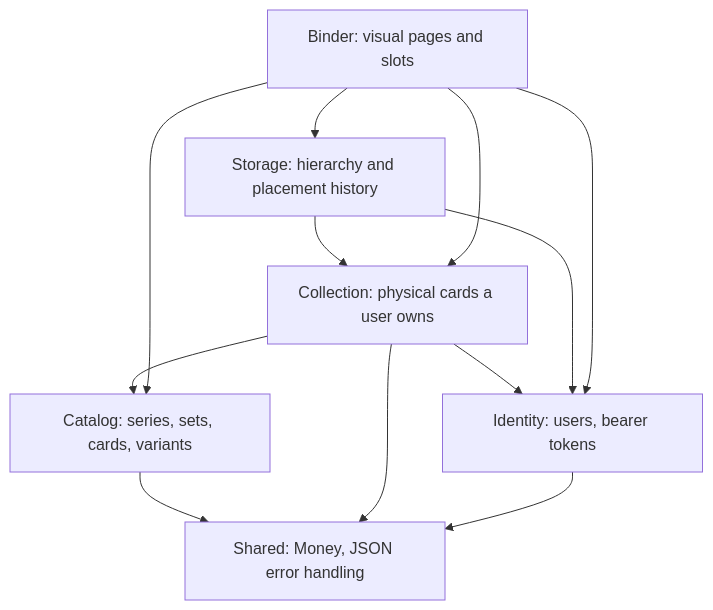
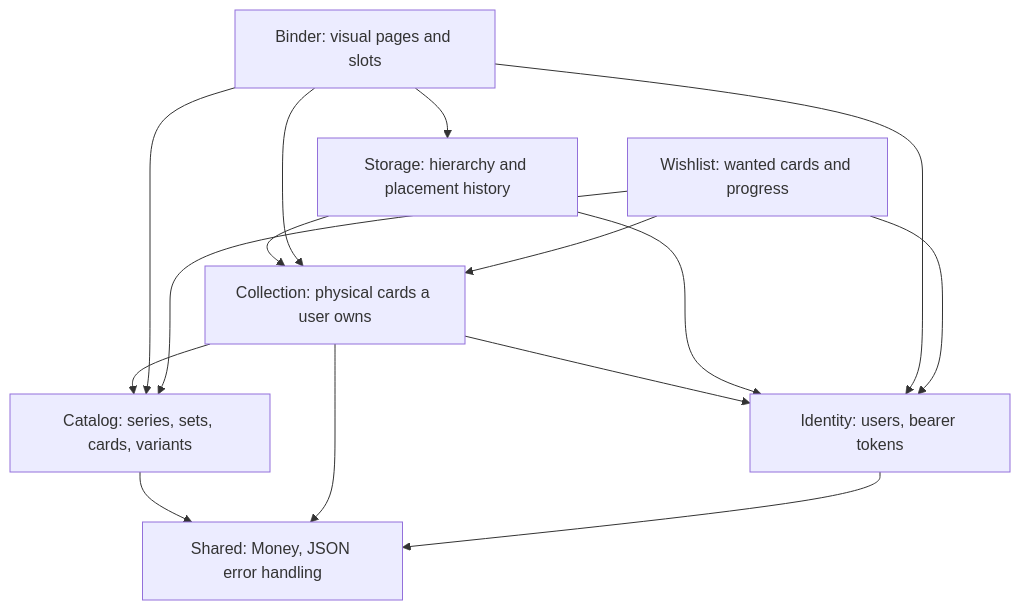
One commit to Jelmer-Ketelaar/CardNest changed the third of 4 diagrams in docs/architecture.md. Above: the diagram before and after it, drawn with Mermaid. The commit also changed other lines of this file and 47 other files, not shown here.

````diff
--- a/docs/architecture.md
+++ b/docs/architecture.md
@@ -62,21 +62,25 @@
 ```mermaid
 flowchart TD
     Identity[Identity: users, bearer tokens]
     Catalog[Catalog: series, sets, cards, variants]
     Collection[Collection: physical cards a user owns]
     Storage[Storage: hierarchy and placement history]
     Binder[Binder: visual pages and slots]
+    Wishlist[Wishlist: wanted cards and progress]
     Shared[Shared: Money, JSON error handling]
 
     Collection --> Catalog
     Collection --> Identity
     Storage --> Collection
     Storage --> Identity
     Binder --> Collection
     Binder --> Storage
     Binder --> Catalog
     Binder --> Identity
+    Wishlist --> Collection
+    Wishlist --> Catalog
+    Wishlist --> Identity
     Catalog --> Shared
     Collection --> Shared
     Identity --> Shared
 ```
````
